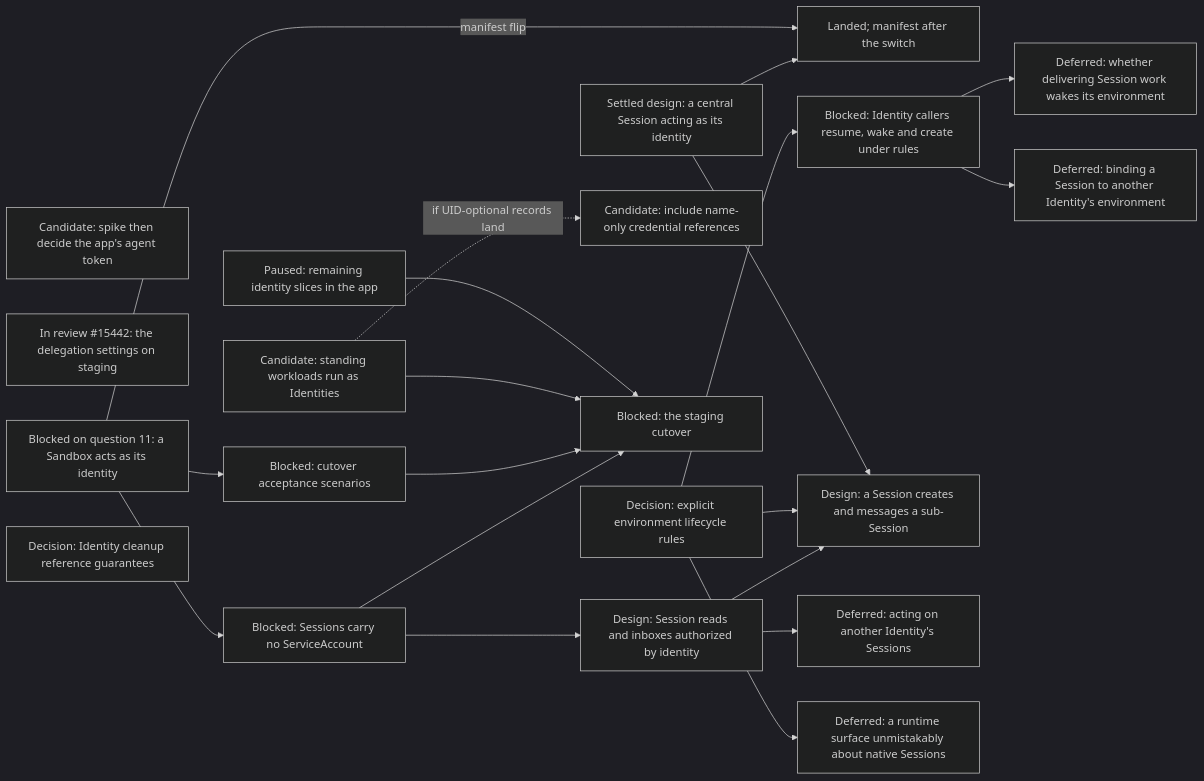
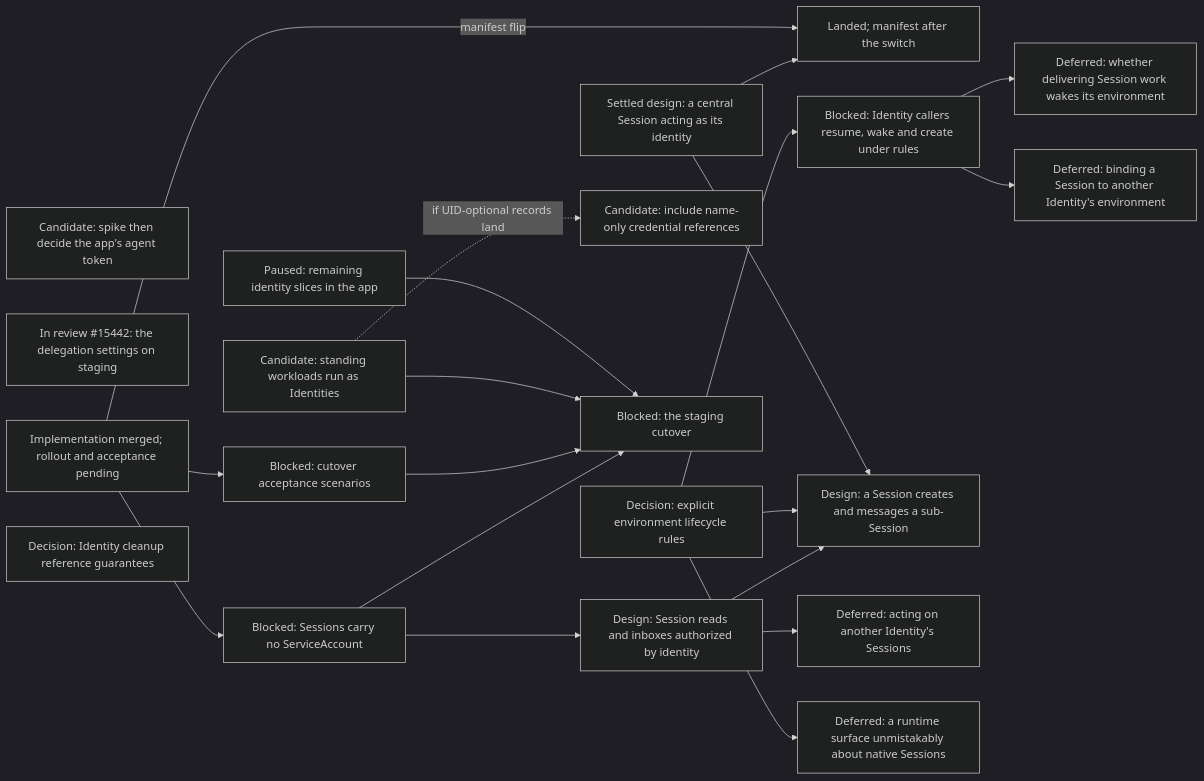
Before and after one commit to agentydragon/ducktape: diagram 16 of 18 in agentplane/plans/task_dag.md, drawn with Mermaid (dark theme). The commit also changed other lines of this file and 1 other file, not shown here.

Commit message:
agentplane/plans: distinguish Sandbox Identity merge from rollout

````diff
--- a/agentplane/plans/task_dag.md
+++ b/agentplane/plans/task_dag.md
@@ -3162,34 +3142,34 @@
 ```mermaid
 flowchart LR
     APP_AGENT_TOKEN_DECISION[Candidate: spike then decide the app's agent token]
     SERVICES_IDENTITY_PRINCIPAL[In review #15442: the delegation settings on staging]
     CENTRAL_SESSION_ACTING_DESIGN[Settled design: a central Session acting as its identity]
     CENTRAL_SESSION_DELEGATED_ACTING[Landed; manifest after the switch]
     CENTRAL_SESSION_ACTING_DESIGN --> CENTRAL_SESSION_DELEGATED_ACTING
     SANDBOX_IDENTITY_SPEC -->|manifest flip| CENTRAL_SESSION_DELEGATED_ACTING
     STANDING_WORKLOAD_IDENTITY[Candidate: standing workloads run as Identities]
     ENVIRONMENT_RULE_TYPE_DESIGN[Decision: explicit environment lifecycle rules]
     ENVIRONMENT_LIFECYCLE_RULES[Blocked: Identity callers resume, wake and create under rules]
     ENVIRONMENT_RULE_TYPE_DESIGN --> ENVIRONMENT_LIFECYCLE_RULES
     APP_IDENTITIES_UI[Paused: remaining identity slices in the app]
     IDENTITY_CLEANUP_REFERENCE_DECISION[Decision: Identity cleanup reference guarantees]
     IDENTITY_DELETE_CREDENTIAL_GUARD[Candidate: include name-only credential references]
     STANDING_WORKLOAD_IDENTITY -. if UID-optional records land .-> IDENTITY_DELETE_CREDENTIAL_GUARD
-    SANDBOX_IDENTITY_SPEC[Blocked on question 11: a Sandbox acts as its identity]
+    SANDBOX_IDENTITY_SPEC[Implementation merged; rollout and acceptance pending]
     SANDBOX_IDENTITY_SPEC --> IDENTITY_SYSTEM_TESTS[Blocked: cutover acceptance scenarios]
     SANDBOX_IDENTITY_SPEC --> SESSION_SA_PRINCIPAL_REMOVAL[Blocked: Sessions carry no ServiceAccount]
     SESSION_SA_PRINCIPAL_REMOVAL --> IDENTITY_CUTOVER
     SESSION_SA_PRINCIPAL_REMOVAL --> SESSION_IDENTITY_AUTHZ
     SESSION_SUBAGENT_DELEGATION[Design: a Session creates and messages a sub-Session]
     SESSION_IDENTITY_AUTHZ --> SESSION_SUBAGENT_DELEGATION
     ENVIRONMENT_RULE_TYPE_DESIGN --> SESSION_SUBAGENT_DELEGATION
     CENTRAL_SESSION_ACTING_DESIGN --> SESSION_SUBAGENT_DELEGATION
     IDENTITY_SYSTEM_TESTS --> IDENTITY_CUTOVER[Blocked: the staging cutover]
     STANDING_WORKLOAD_IDENTITY --> IDENTITY_CUTOVER
     APP_IDENTITIES_UI --> IDENTITY_CUTOVER
     SESSION_IDENTITY_AUTHZ[Design: Session reads and inboxes authorized by identity]
     SESSION_IDENTITY_AUTHZ --> SESSION_CROSS_IDENTITY_AUTHORITY[Deferred: acting on another Identity's Sessions]
     ENVIRONMENT_RULE_TYPE_DESIGN --> ENVIRONMENT_RUNTIME_NATIVE_SURFACE[Deferred: a runtime surface unmistakably about native Sessions]
     ENVIRONMENT_LIFECYCLE_RULES --> WAKE_ON_DELIVERY_DESIGN[Deferred: whether delivering Session work wakes its environment]
     ENVIRONMENT_LIFECYCLE_RULES --> CROSS_IDENTITY_SESSION_BINDING[Deferred: binding a Session to another Identity's environment]
 ```
````
